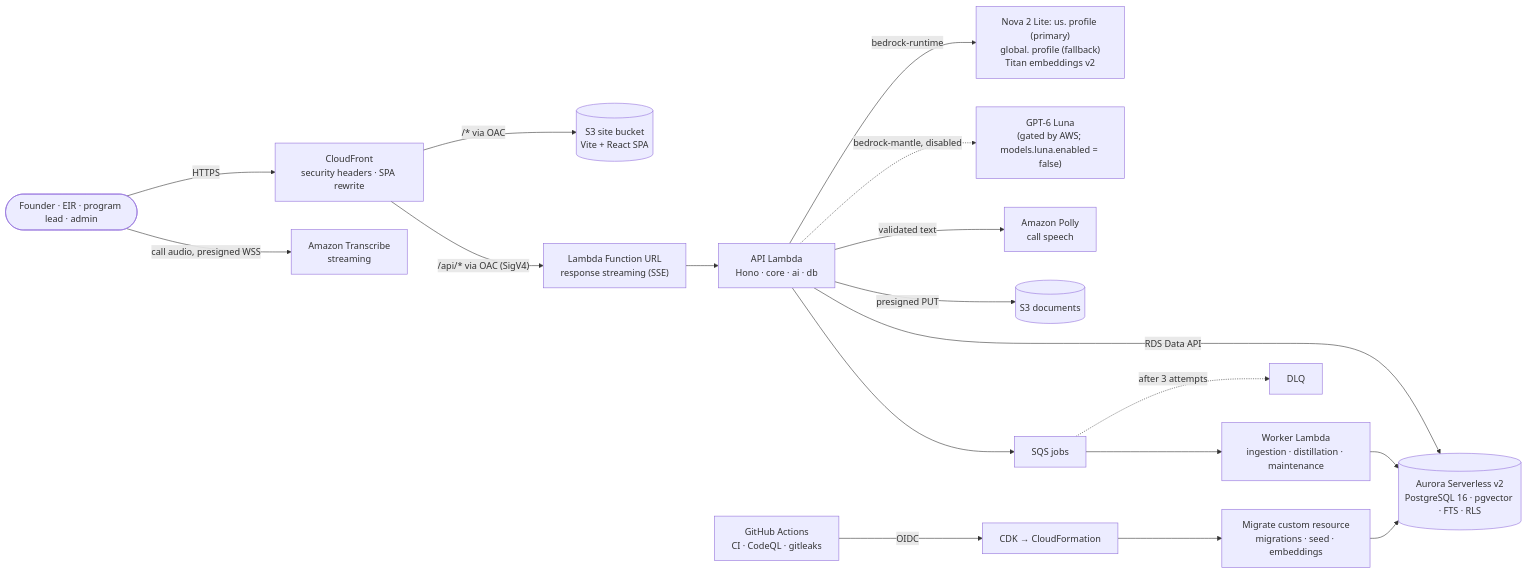
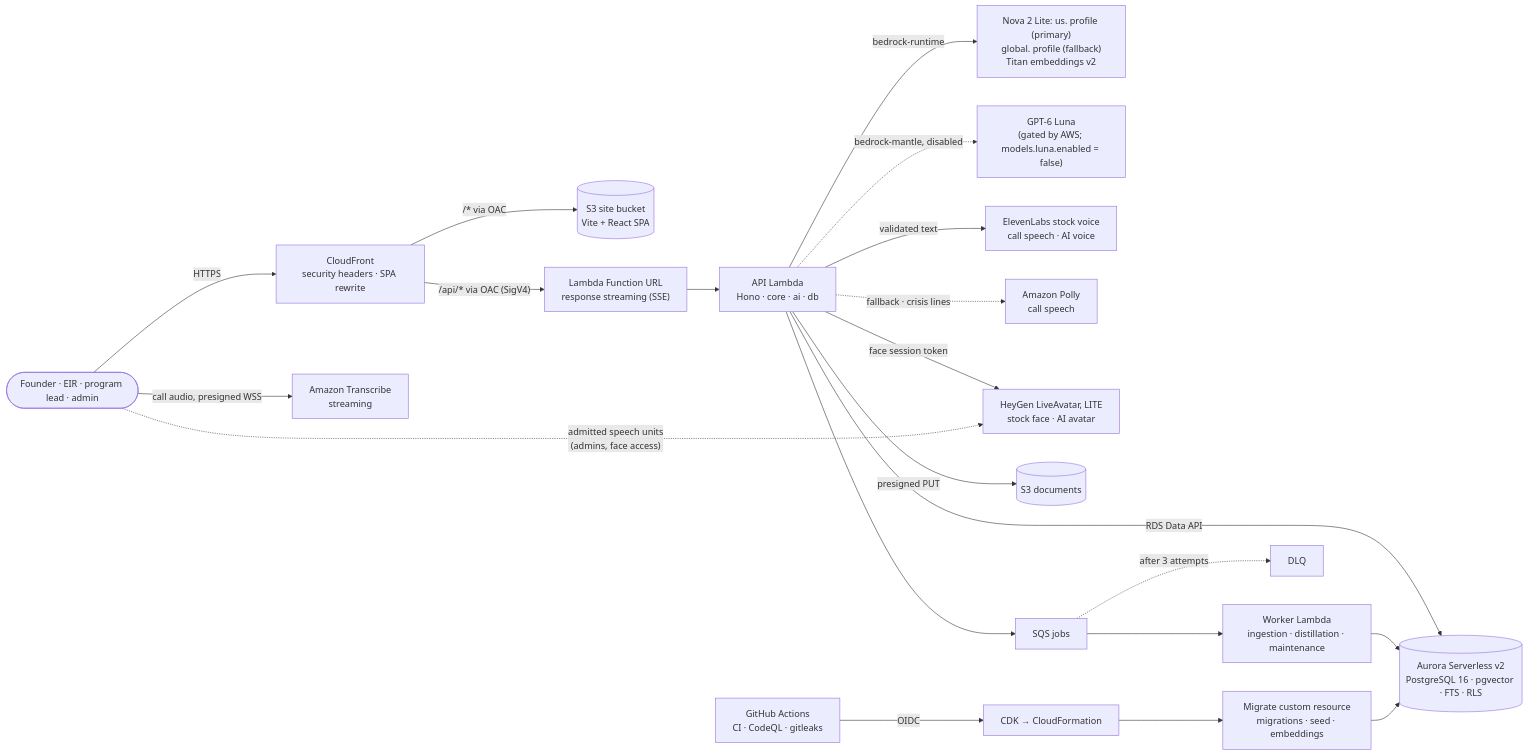
The diagram in README.md (satvikOS/Foundry-Ascent), drawn with Mermaid before and after one commit. The commit also changed other lines of this file and 4 other files, not shown here.

First line of the commit message:
Client-facing docs: Thomas, automatic memory, ElevenLabs voice, HeyGen LITE face, live eval results

````diff
--- a/README.md
+++ b/README.md
@@ -41,18 +58,21 @@
 ```mermaid
 flowchart LR
   user(["Founder · EIR · program lead · admin"]) -->|HTTPS| cf["CloudFront<br/>security headers · SPA rewrite"]
   user -->|"call audio, presigned WSS"| stt["Amazon Transcribe<br/>streaming"]
   cf -->|"/* via OAC"| site[("S3 site bucket<br/>Vite + React SPA")]
   cf -->|"/api/* via OAC (SigV4)"| url["Lambda Function URL<br/>response streaming (SSE)"]
   url --> api["API Lambda<br/>Hono · core · ai · db"]
   api -->|"RDS Data API"| db[("Aurora Serverless v2<br/>PostgreSQL 16 · pgvector · FTS · RLS")]
   api -->|"bedrock-runtime"| nova["Nova 2 Lite: us. profile (primary)<br/>global. profile (fallback)<br/>Titan embeddings v2"]
   api -.->|"bedrock-mantle, disabled"| luna["GPT-6 Luna<br/>(gated by AWS; models.luna.enabled = false)"]
-  api -->|"validated text"| polly["Amazon Polly<br/>call speech"]
+  api -->|"validated text"| voice["ElevenLabs stock voice<br/>call speech · AI voice"]
+  api -.->|"fallback · crisis lines"| polly["Amazon Polly<br/>call speech"]
+  api -->|"face session token"| face["HeyGen LiveAvatar, LITE<br/>stock face · AI avatar"]
+  user -.->|"admitted speech units<br/>(admins, face access)"| face
   api -->|"presigned PUT"| docs[("S3 documents")]
   api --> jobs["SQS jobs"] --> worker["Worker Lambda<br/>ingestion · distillation · maintenance"]
   worker --> db
   jobs -.->|"after 3 attempts"| dlq["DLQ"]
   gh["GitHub Actions<br/>CI · CodeQL · gitleaks"] -->|"OIDC"| cdk["CDK → CloudFormation"]
   cdk --> migrate["Migrate custom resource<br/>migrations · seed · embeddings"] --> db
 ```
````
